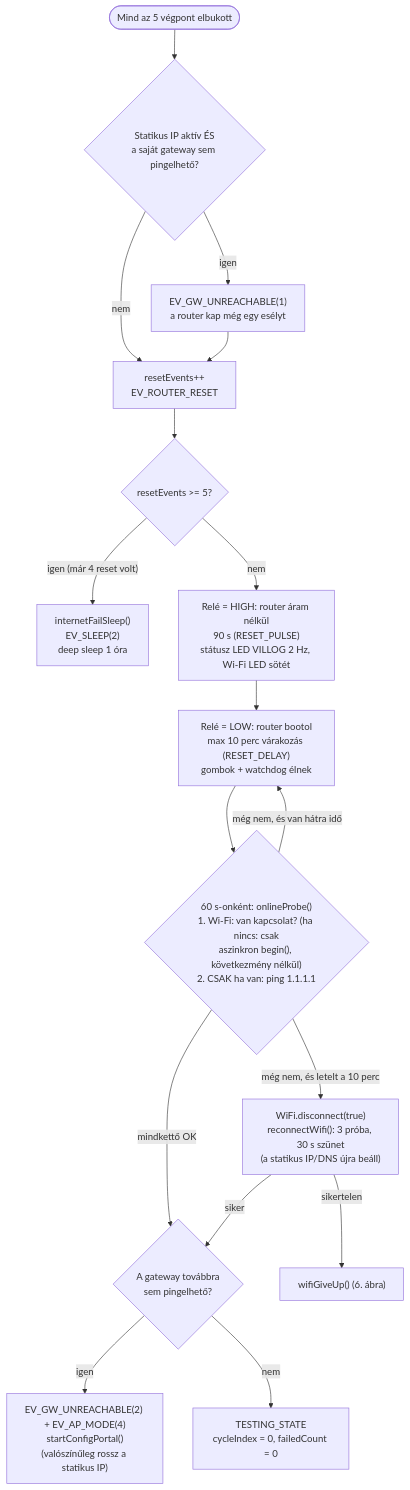
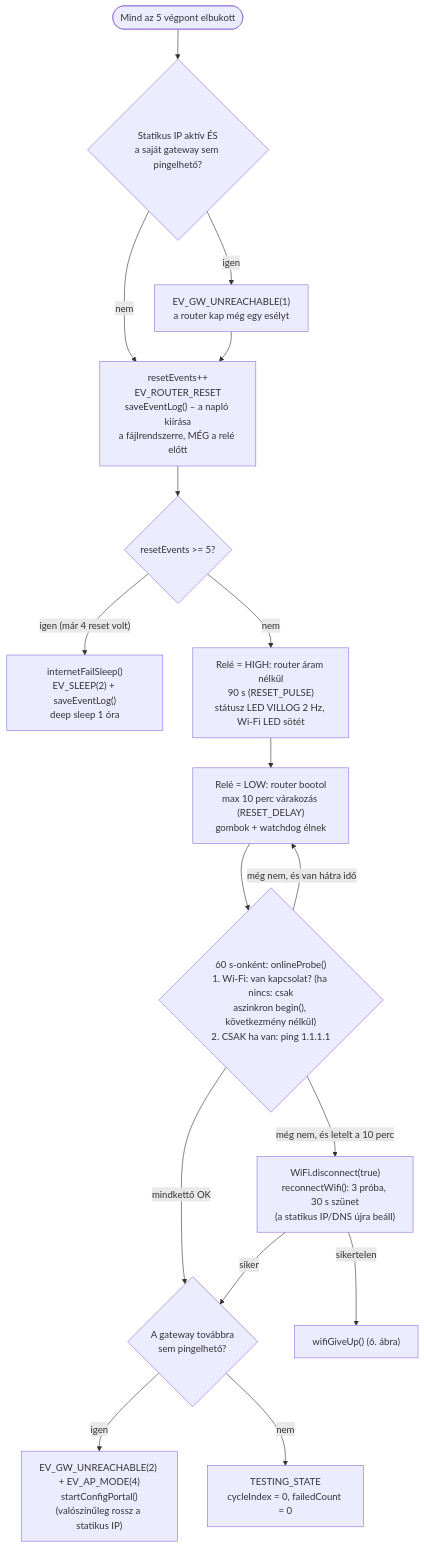
The fifth of 9 diagrams in FOLYAMATABRA.md (manszabi/bazsi-router-reboot), drawn with Mermaid before and after one commit. The commit also changed other lines of this file and 8 other files, not shown here.

````diff
--- a/FOLYAMATABRA.md
+++ b/FOLYAMATABRA.md
@@ -168,19 +170,19 @@
 ```mermaid
 flowchart TD
     IN([Mind az 5 végpont elbukott]) --> GW1{"Statikus IP aktív ÉS<br>a saját gateway sem pingelhető?"}
     GW1 -->|igen| GWL["EV_GW_UNREACHABLE(1)<br>a router kap még egy esélyt"]
     GW1 -->|nem| CNT
-    GWL --> CNT["resetEvents++<br>EV_ROUTER_RESET"]
+    GWL --> CNT["resetEvents++<br>EV_ROUTER_RESET<br>saveEventLog() – a napló kiírása<br>a fájlrendszerre, MÉG a relé előtt"]
     CNT --> MX{"resetEvents >= 5?"}
-    MX -->|"igen (már 4 reset volt)"| NFS["internetFailSleep()<br>EV_SLEEP(2)<br>deep sleep 1 óra"]
+    MX -->|"igen (már 4 reset volt)"| NFS["internetFailSleep()<br>EV_SLEEP(2) + saveEventLog()<br>deep sleep 1 óra"]
     MX -->|nem| P1["Relé = HIGH: router áram nélkül<br>90 s (RESET_PULSE)<br>státusz LED VILLOG 2 Hz, Wi-Fi LED sötét"]
     P1 --> P2["Relé = LOW: router bootol<br>max 10 perc várakozás (RESET_DELAY)<br>gombok + watchdog élnek"]
     P2 --> PRB{"60 s-onként: onlineProbe()<br>1. Wi-Fi: van kapcsolat? (ha nincs: csak<br>aszinkron begin(), következmény nélkül)<br>2. CSAK ha van: ping 1.1.1.1"}
     PRB -->|"mindkettő OK"| GW2
     PRB -->|"még nem, és letelt a 10 perc"| P3["WiFi.disconnect(true)<br>reconnectWifi(): 3 próba, 30 s szünet<br>(a statikus IP/DNS újra beáll)"]
     PRB -->|"még nem, és van hátra idő"| P2
     P3 -->|sikertelen| GU["wifiGiveUp() (6. ábra)"]
     P3 -->|siker| GW2{"A gateway továbbra<br>sem pingelhető?"}
     GW2 -->|igen| APX["EV_GW_UNREACHABLE(2) + EV_AP_MODE(4)<br>startConfigPortal()<br>(valószínűleg rossz a statikus IP)"]
     GW2 -->|nem| OK["TESTING_STATE<br>cycleIndex = 0, failedCount = 0"]
 ```
````
